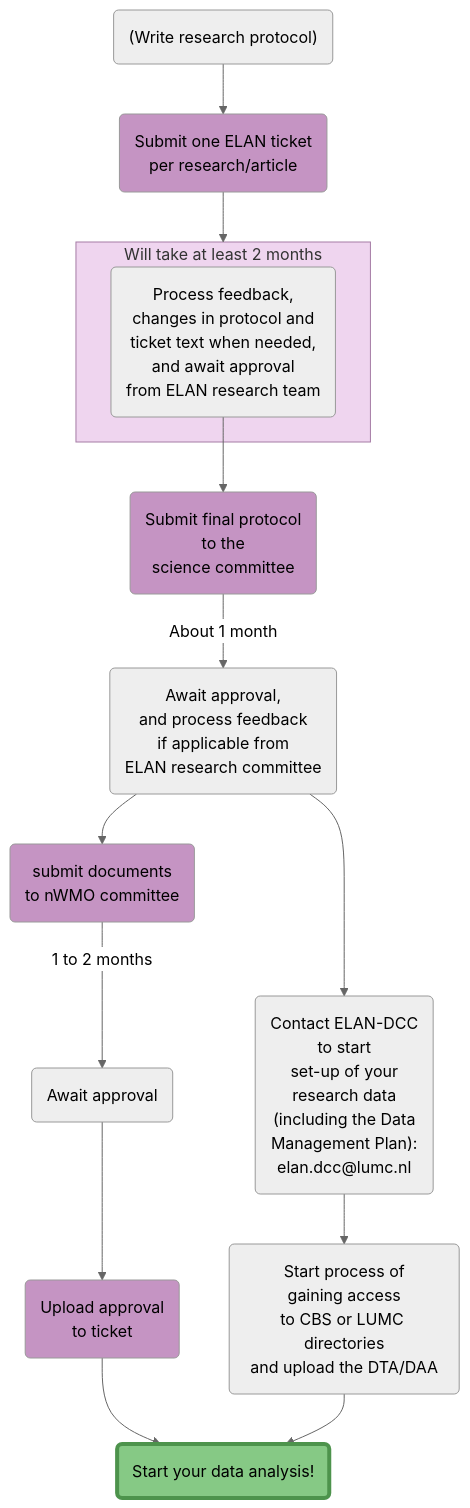
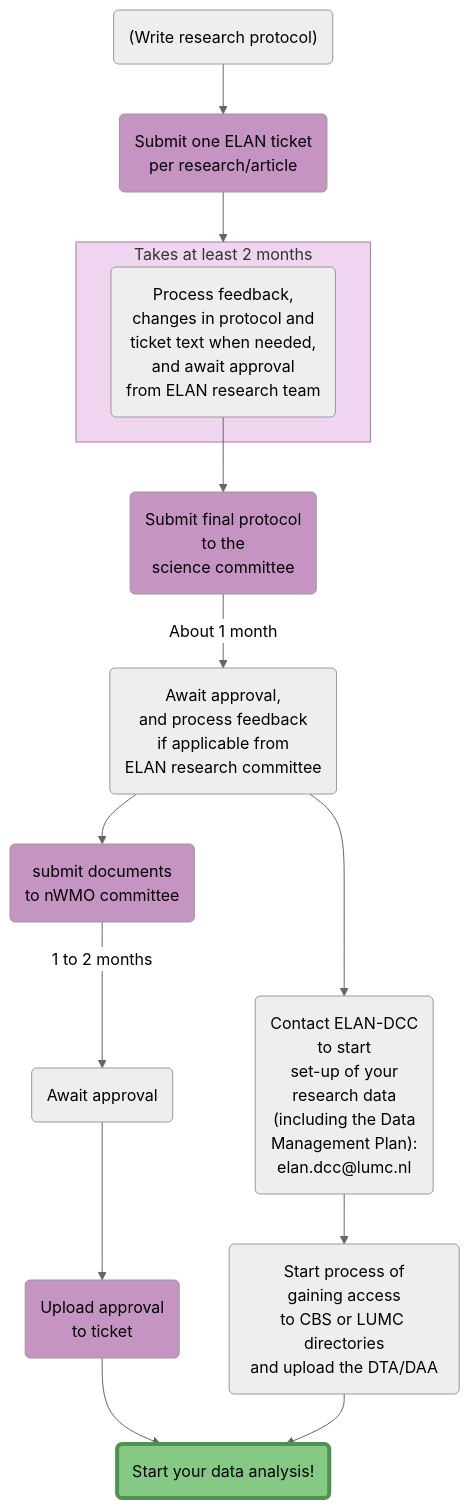
Before and after one commit to elan-dcc/elan-dcc.github.io: the diagram in charts/flowchart/main.mmd, drawn with Mermaid (neutral theme).

```diff
--- a/charts/flowchart/main.mmd
+++ b/charts/flowchart/main.mmd
@@ -1,49 +1,49 @@
 flowchart TD
 id1("(Write research protocol)") --> id2(Submit one ELAN ticket\nper research/article)
-subgraph ticket [Will take at least 2 months]
+subgraph ticket [Takes at least 2 months]
     id4
 end
 id4(Process feedback, 
 changes in protocol and 
 ticket text when needed,
 and await approval
 from ELAN research team) --> id5
 id5(Submit final protocol
 to the
 science committee) -->|About 1 month| id6
 id6(Await approval,
 and process feedback
 if applicable from
 ELAN research committee) --> id7
 id7(submit documents 
 to nWMO committee) -->|1 to 2 months| id9
 id9(Await approval) --> id10
 id10(Upload approval
 to ticket) --> idend(Start your data analysis!)
 id6 --> id8
 id8("Contact ELAN-DCC
 to start 
 set-up of your 
 research data
 (including the Data
 Management Plan):
 elan.dcc@lumc.nl") --> id11(Start process of
 gaining access
 to CBS or LUMC directories
 and upload the DTA/DAA)
 
 id2 --> ticket
 id11 --> idend
 
 
 style idend fill:#86c985,stroke:#4d934c,stroke-width:4px
 style id2 fill:#c594c3
 style id5 fill:#c594c3
 style id7 fill:#c594c3
 style id10 fill:#c594c3
 
 style ticket fill:#efd5ef, stroke:#a57ca5
 
 click id2 "https://elanresearch.nl" "ELAN research" _blank
 click id5 "https://elan-dcc.github.io/researchers/sciencecommittee" "Science committee"
 click id7 "https://www.metc-ldd.nl/toetsingsprocedures/niet-wmo-en-niet-mdr" "nWMO committee" _blank
```
